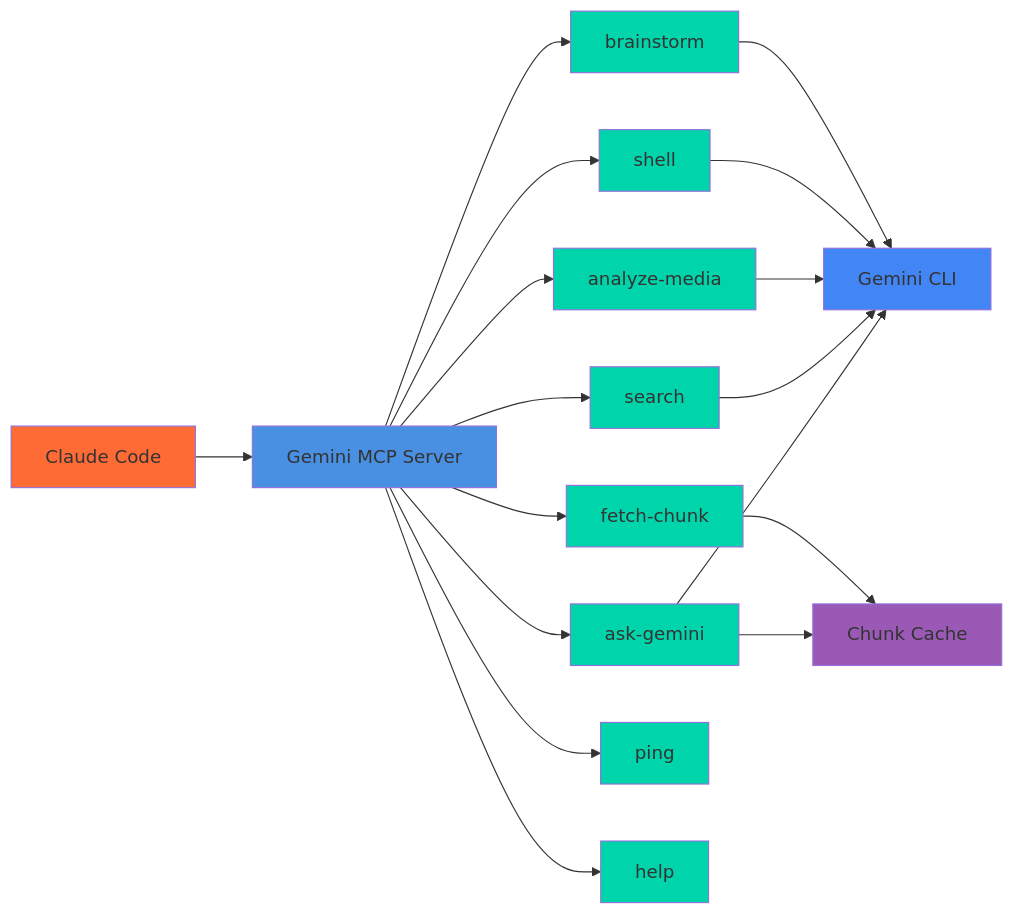
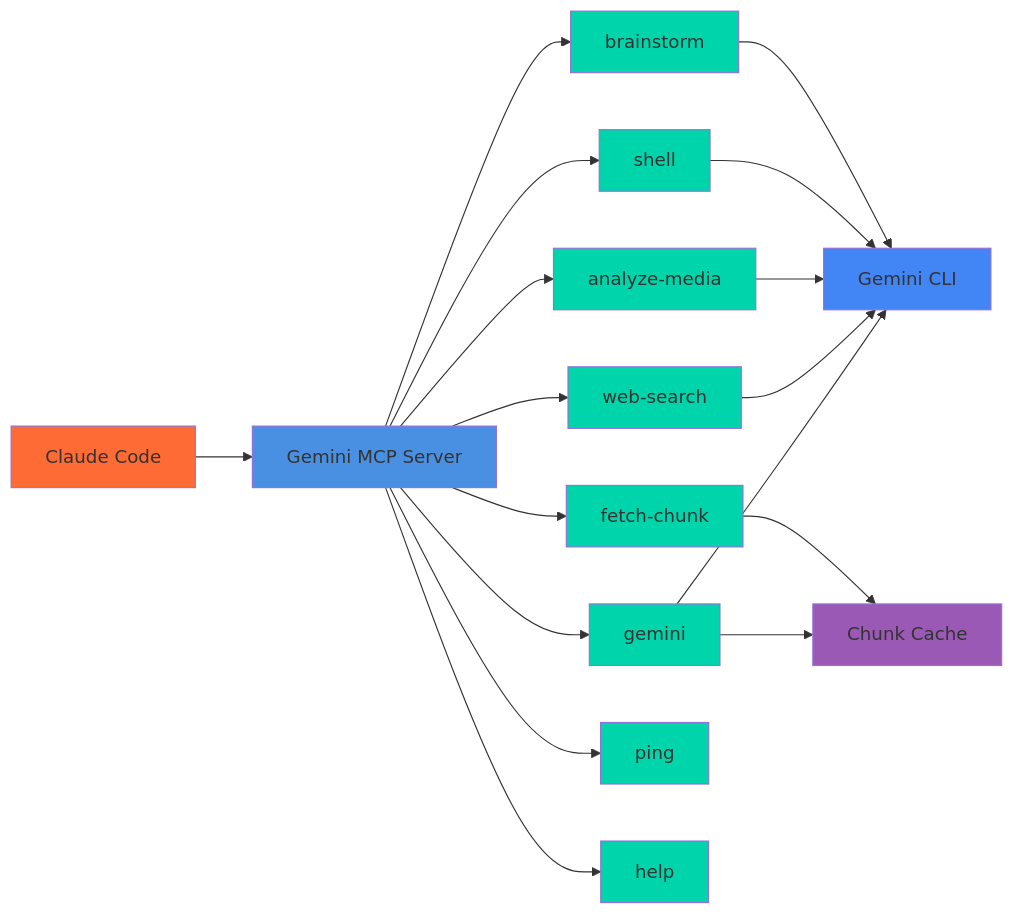
The diagram in README.md (tuannvm/gemini-mcp-server), drawn with Mermaid before and after one commit. The commit also changed other lines of this file and 14 other files, not shown here.

````diff
--- a/README.md
+++ b/README.md
@@ -9,34 +9,34 @@
 ```mermaid
 graph LR
     A[Claude Code] --> B[Gemini MCP Server]
 
-    B --> C[ask-gemini]
-    B --> S[search]
+    B --> C[gemini]
+    B --> S[web-search]
     B --> M[analyze-media]
     B --> SH[shell]
     B --> D[brainstorm]
     B --> E[fetch-chunk]
     B --> F[ping]
     B --> G[help]
 
     C --> H[Gemini CLI]
     S --> H
     M --> H
     SH --> H
     D --> H
     C --> I[Chunk Cache]
     E --> I
 
     style A fill:#FF6B35
     style B fill:#4A90E2
     style C fill:#00D4AA
     style S fill:#00D4AA
     style M fill:#00D4AA
     style SH fill:#00D4AA
     style D fill:#00D4AA
     style E fill:#00D4AA
     style F fill:#00D4AA
     style G fill:#00D4AA
     style H fill:#4285F4
     style I fill:#9B59B6
 ```
````
